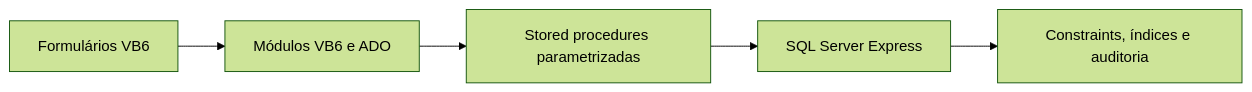
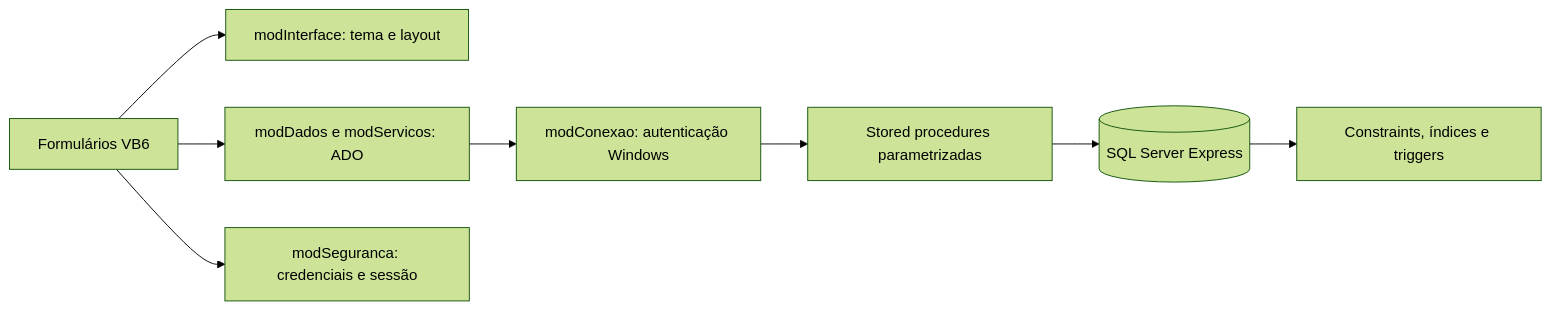
One commit to Lcsf-dev/sistema-estoque-vendas-vb6 changed the diagram in README.md. Above: the diagram before and after it, drawn with Mermaid (forest theme). The commit also changed other lines of this file and 8 other files, not shown here.

````diff
--- a/README.md
+++ b/README.md
@@ -40,7 +49,10 @@
 ```mermaid
 flowchart LR
-    Telas[Formulários VB6] --> Modulos[Módulos VB6 e ADO]
-    Modulos --> Procedures[Stored procedures parametrizadas]
-    Procedures --> Banco[SQL Server Express]
-    Banco --> Integridade[Constraints, índices e auditoria]
+    UI[Formulários VB6] --> Visual[modInterface: tema e layout]
+    UI --> Dados[modDados e modServicos: ADO]
+    UI --> Acesso[modSeguranca: credenciais e sessão]
+    Dados --> Conexao[modConexao: autenticação Windows]
+    Conexao --> SP[Stored procedures parametrizadas]
+    SP --> SQL[(SQL Server Express)]
+    SQL --> Regras[Constraints, índices e triggers]
 ```
````
